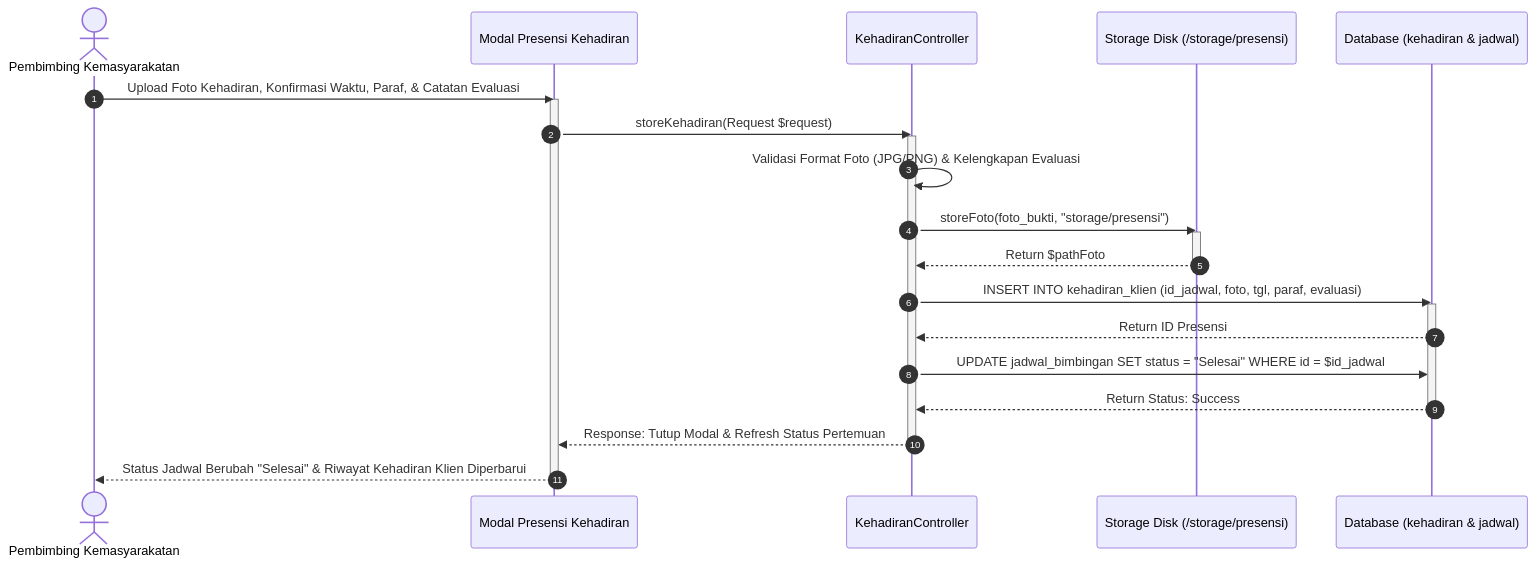
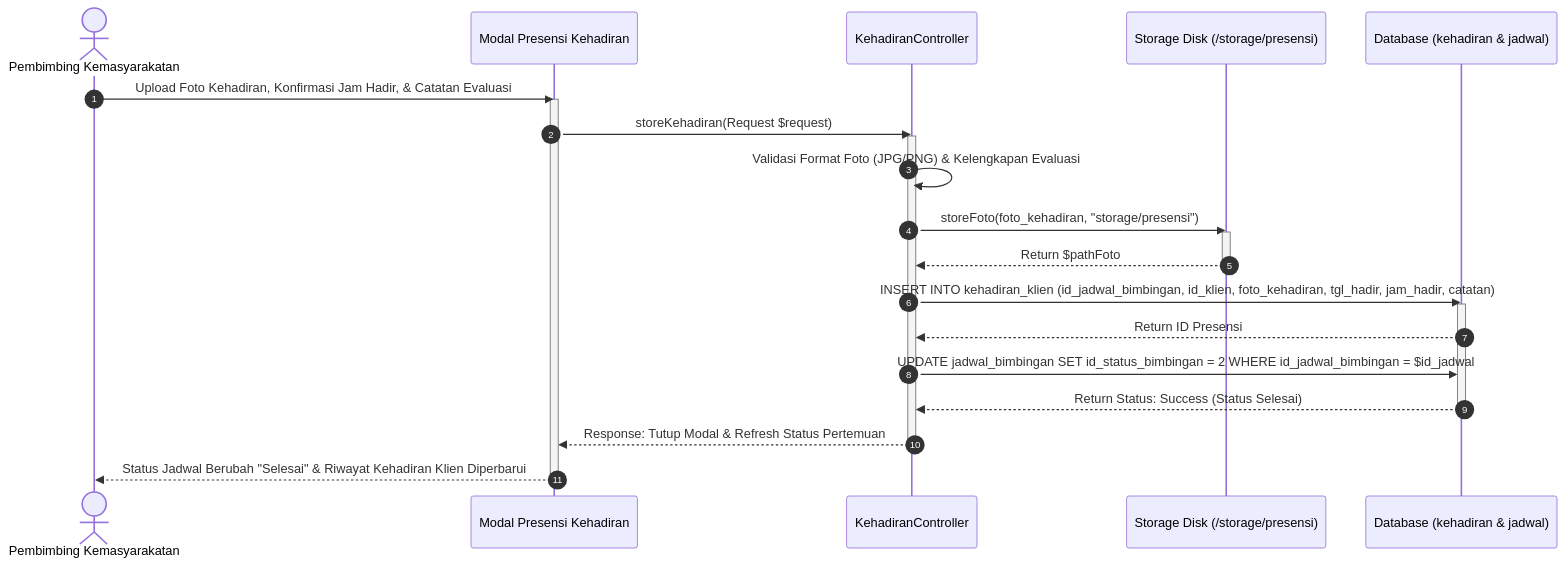
One commit to hilyaaulia14/SIMBA changed diagram 12 of 12 in diagram/sequence_diagram_simba.md. Above: the diagram before and after it, drawn with Mermaid. The commit also changed other lines of this file and 6 other files, not shown here.

Commit message:
docs(diagram): sinkronisasi diagram dengan skema implementasi SIMBA

````diff
--- a/diagram/sequence_diagram_simba.md
+++ b/diagram/sequence_diagram_simba.md
@@ -205,33 +466,33 @@
 ```mermaid
 sequenceDiagram
     autonumber
     actor PK as Pembimbing Kemasyarakatan
     participant Modal as Modal Presensi Kehadiran
     participant Ctrl as KehadiranController
     participant Store as Storage Disk (/storage/presensi)
     participant DB as Database (kehadiran & jadwal)
 
-    PK->>Modal: Upload Foto Kehadiran, Konfirmasi Waktu, Paraf, & Catatan Evaluasi
+    PK->>Modal: Upload Foto Kehadiran, Konfirmasi Jam Hadir, & Catatan Evaluasi
     activate Modal
     Modal->>Ctrl: storeKehadiran(Request $request)
     activate Ctrl
     Ctrl->>Ctrl: Validasi Format Foto (JPG/PNG) & Kelengkapan Evaluasi
 
-    Ctrl->>Store: storeFoto(foto_bukti, "storage/presensi")
+    Ctrl->>Store: storeFoto(foto_kehadiran, "storage/presensi")
     activate Store
     Store-->>Ctrl: Return $pathFoto
     deactivate Store
 
-    Ctrl->>DB: INSERT INTO kehadiran_klien (id_jadwal, foto, tgl, paraf, evaluasi)
+    Ctrl->>DB: INSERT INTO kehadiran_klien (id_jadwal_bimbingan, id_klien, foto_kehadiran, tgl_hadir, jam_hadir, catatan)
     activate DB
     DB-->>Ctrl: Return ID Presensi
     
-    Ctrl->>DB: UPDATE jadwal_bimbingan SET status = "Selesai" WHERE id = $id_jadwal
-    DB-->>Ctrl: Return Status: Success
+    Ctrl->>DB: UPDATE jadwal_bimbingan SET id_status_bimbingan = 2 WHERE id_jadwal_bimbingan = $id_jadwal
+    DB-->>Ctrl: Return Status: Success (Status Selesai)
     deactivate DB
 
     Ctrl-->>Modal: Response: Tutup Modal & Refresh Status Pertemuan
     deactivate Ctrl
     Modal-->>PK: Status Jadwal Berubah "Selesai" & Riwayat Kehadiran Klien Diperbarui
     deactivate Modal
 ```
````
